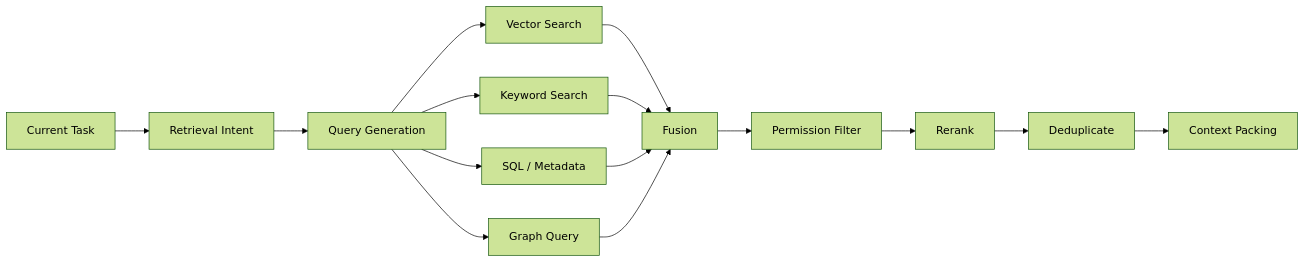
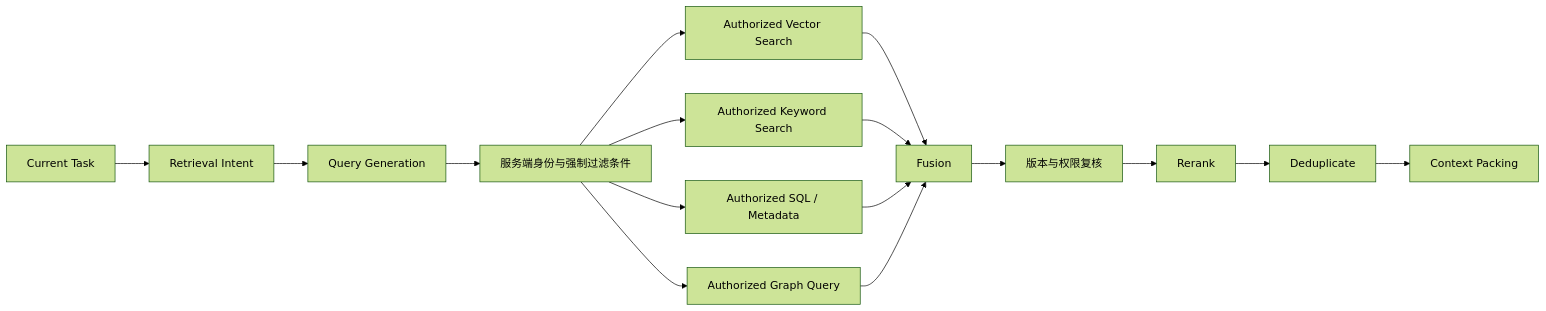
One commit to oneleaveknowsthefall/awesome-ai-roadmap changed diagram 11 of 15 in docs/agent/03-memory-context/08-agent-memory-implementation.md. Above: the diagram before and after it, drawn with Mermaid (forest theme). The commit also changed other lines of this file and 50 other files, not shown here.

````diff
--- a/docs/agent/03-memory-context/08-agent-memory-implementation.md
+++ b/docs/agent/03-memory-context/08-agent-memory-implementation.md
@@ -654,17 +693,18 @@
 ```mermaid
 flowchart LR
     TASK[Current Task] --> INTENT[Retrieval Intent]
     INTENT --> Q[Query Generation]
-    Q --> V[Vector Search]
-    Q --> K[Keyword Search]
-    Q --> SQL[SQL / Metadata]
-    Q --> G[Graph Query]
+    Q --> SCOPE[服务端身份与强制过滤条件]
+    SCOPE --> V[Authorized Vector Search]
+    SCOPE --> K[Authorized Keyword Search]
+    SCOPE --> SQL[Authorized SQL / Metadata]
+    SCOPE --> G[Authorized Graph Query]
     V --> F[Fusion]
     K --> F
     SQL --> F
     G --> F
-    F --> ACL[Permission Filter]
+    F --> ACL[版本与权限复核]
     ACL --> RR[Rerank]
     RR --> DD[Deduplicate]
     DD --> CP[Context Packing]
 ```
````
